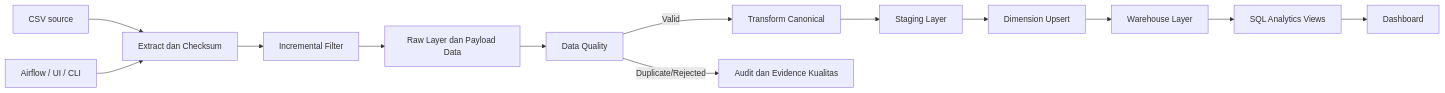
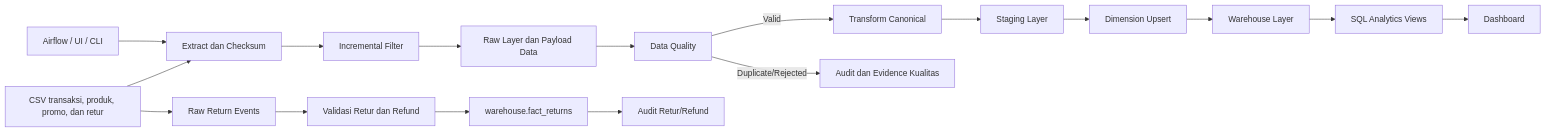
The diagram in docs/architecture.md (RinaldiHamzah/arunika-sales-pepeline-end-to-end), drawn with Mermaid before and after one commit. The commit also changed other lines of this file and 66 other files, not shown here.

````diff
--- a/docs/architecture.md
+++ b/docs/architecture.md
@@ -9,15 +9,19 @@
 ```mermaid
 flowchart LR
-    A[CSV source] --> B[Extract dan Checksum]
+    A[CSV transaksi, produk, promo, dan retur] --> B[Extract dan Checksum]
     B --> C[Incremental Filter]
     C --> D[Raw Layer dan Payload Data]
     D --> E[Data Quality]
     E -->|Valid| F[Transform Canonical]
     E -->|Duplicate/Rejected| G[Audit dan Evidence Kualitas]
     F --> H[Staging Layer]
     H --> I[Dimension Upsert]
     I --> J[Warehouse Layer]
     J --> K[SQL Analytics Views]
     K --> L[Dashboard]
+    A --> R[Raw Return Events]
+    R --> S[Validasi Retur dan Refund]
+    S --> T[warehouse.fact_returns]
+    T --> U[Audit Retur/Refund]
     M[Airflow / UI / CLI] --> B
 ```
````
